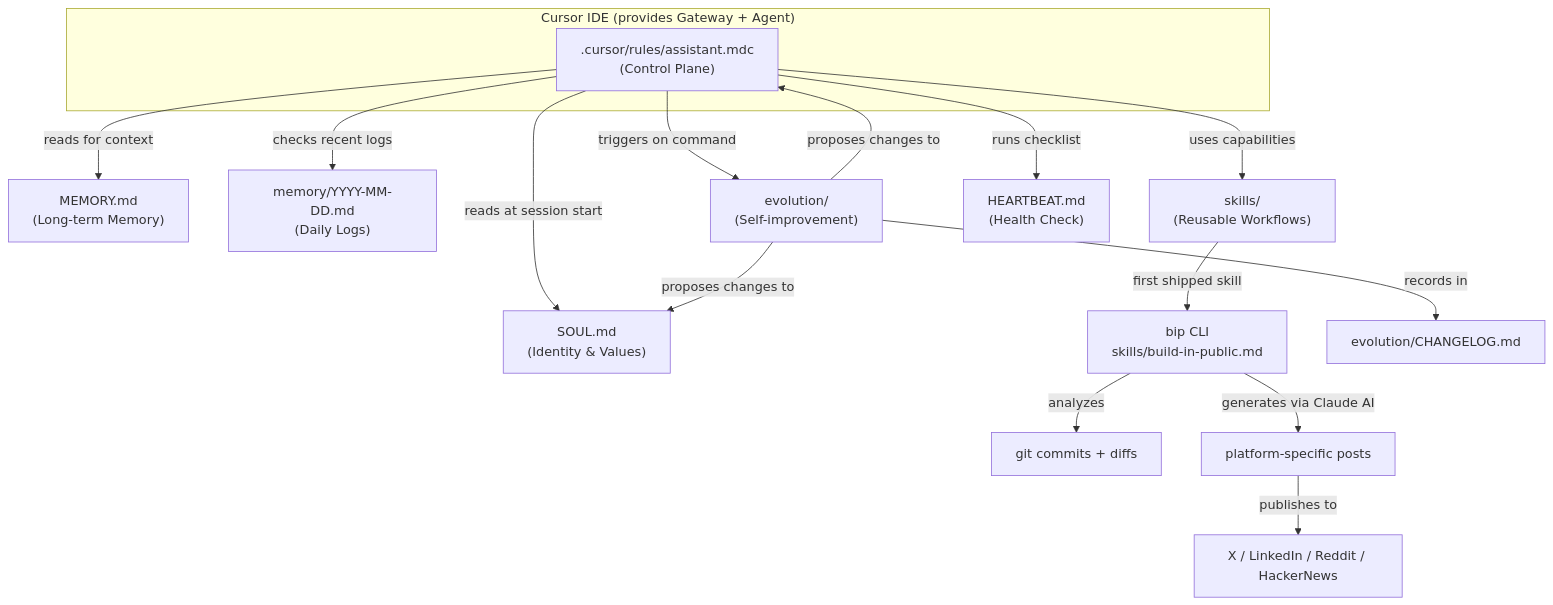
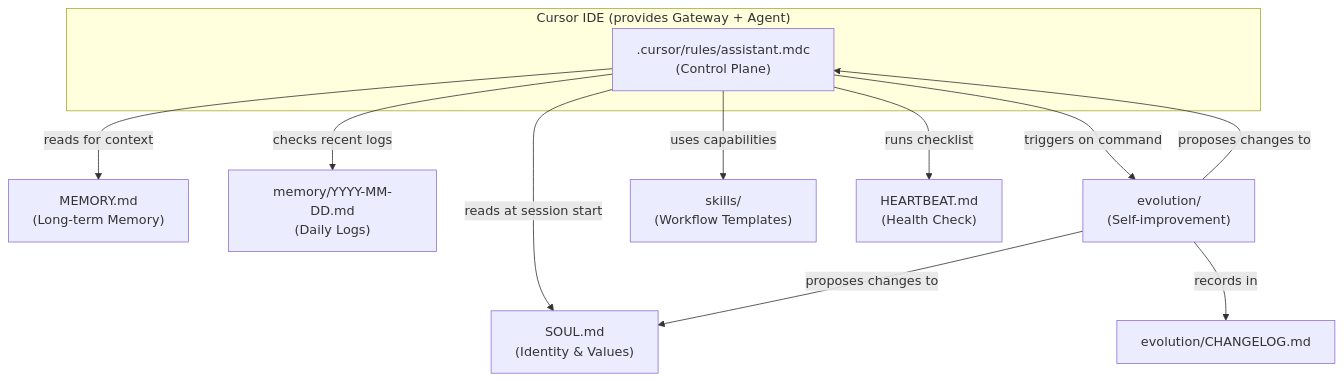
One commit to cynthialmy/cynthialmy.github.io changed the second of 11 diagrams in _posts/2026-02-27-self-evolving-ai-assistant.md. Above: the diagram before and after it, drawn with Mermaid. The commit also changed other lines of this file, not shown here.

Commit message:
updated post about bip

````diff
--- a/_posts/2026-02-27-self-evolving-ai-assistant.md
+++ b/_posts/2026-02-27-self-evolving-ai-assistant.md
@@ -137,22 +131,17 @@
 ```mermaid
 flowchart TB
     subgraph CursorIDE ["Cursor IDE (provides Gateway + Agent)"]
         Rule[".cursor/rules/assistant.mdc<br/>(Control Plane)"]
     end
 
     Rule -->|"reads at session start"| Soul["SOUL.md<br/>(Identity & Values)"]
     Rule -->|"reads for context"| Memory["MEMORY.md<br/>(Long-term Memory)"]
     Rule -->|"checks recent logs"| DailyLog["memory/YYYY-MM-DD.md<br/>(Daily Logs)"]
     Rule -->|"triggers on command"| Evolution["evolution/<br/>(Self-improvement)"]
-    Rule -->|"uses capabilities"| Skills["skills/<br/>(Reusable Workflows)"]
+    Rule -->|"uses capabilities"| Skills["skills/<br/>(Workflow Templates)"]
     Rule -->|"runs checklist"| Heartbeat["HEARTBEAT.md<br/>(Health Check)"]
-
-    Skills -->|"first shipped skill"| BIP["bip CLI<br/>skills/build-in-public.md"]
-    BIP -->|"analyzes"| Commits["git commits + diffs"]
-    BIP -->|"generates via Claude AI"| Posts["platform-specific posts"]
-    Posts -->|"publishes to"| Platforms["X / LinkedIn / Reddit / HackerNews"]
 
     Evolution -->|"proposes changes to"| Soul
     Evolution -->|"proposes changes to"| Rule
     Evolution -->|"records in"| Changelog["evolution/CHANGELOG.md"]
 ```
````
